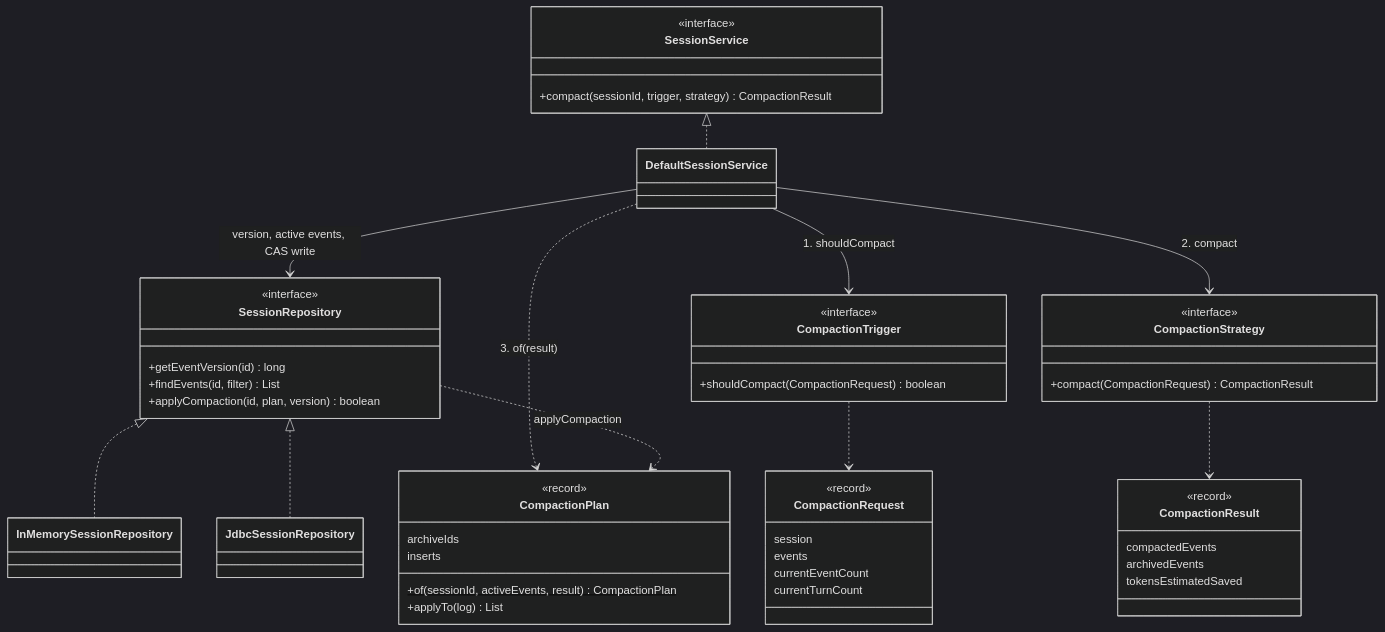
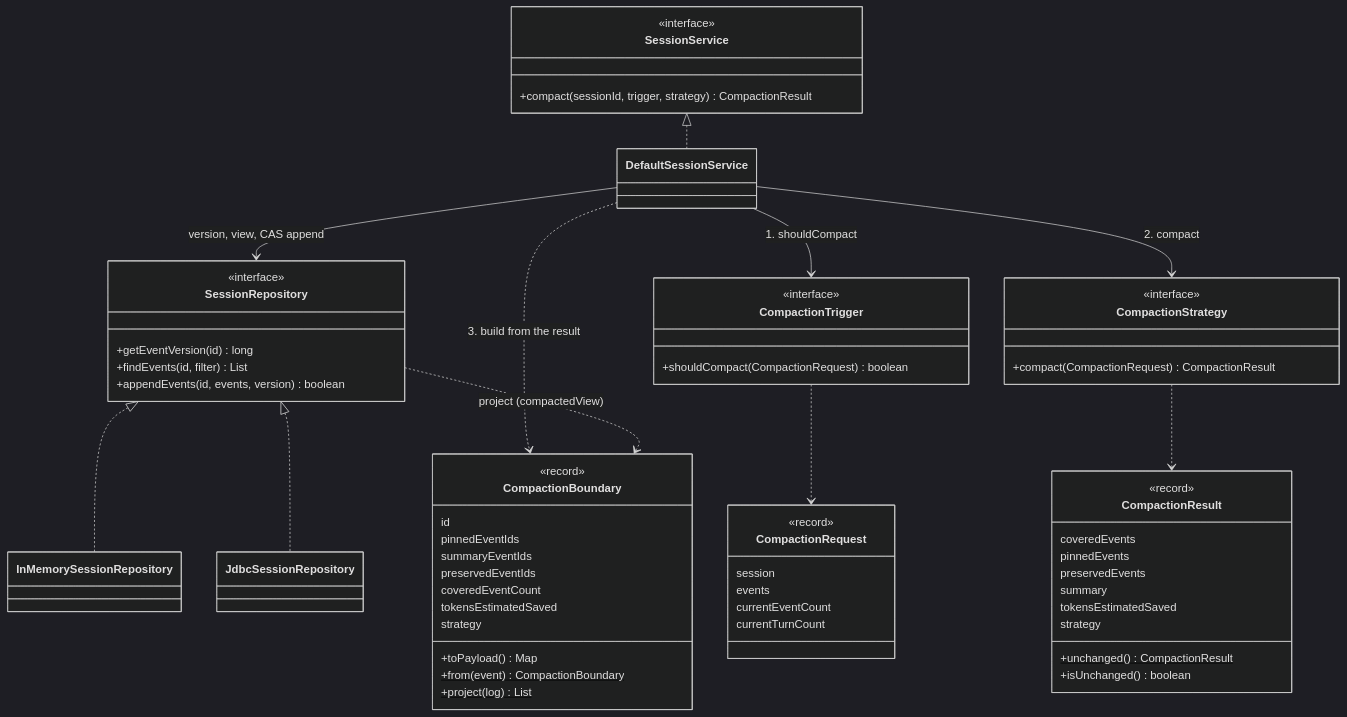
One commit to spring-ai-community/spring-ai-session changed the first of 9 diagrams in docs/session-management/compaction-internals.md. Above: the diagram before and after it, drawn with Mermaid (dark theme). The commit also changed other lines of this file and 53 other files, not shown here.

First line of the commit message:
Record compaction as an appended boundary and project the active view

````diff
--- a/docs/session-management/compaction-internals.md
+++ b/docs/session-management/compaction-internals.md
@@ -39,58 +41,69 @@
 ```mermaid
 classDiagram
     direction TB
 
     class SessionService {
         <<interface>>
         +compact(sessionId, trigger, strategy) CompactionResult
     }
     class DefaultSessionService
     class SessionRepository {
         <<interface>>
         +getEventVersion(id) long
         +findEvents(id, filter) List
-        +applyCompaction(id, plan, version) boolean
+        +appendEvents(id, events, version) boolean
     }
     class InMemorySessionRepository
     class JdbcSessionRepository
 
     class CompactionTrigger {
         <<interface>>
         +shouldCompact(CompactionRequest) boolean
     }
     class CompactionStrategy {
         <<interface>>
         +compact(CompactionRequest) CompactionResult
     }
     class CompactionRequest {
         <<record>>
         session
         events
         currentEventCount
         currentTurnCount
     }
     class CompactionResult {
         <<record>>
-        compactedEvents
-        archivedEvents
+        coveredEvents
+        pinnedEvents
+        preservedEvents
+        summary
         tokensEstimatedSaved
+        strategy
+        +unchanged()$ CompactionResult
+        +isUnchanged() boolean
     }
-    class CompactionPlan {
+    class CompactionBoundary {
         <<record>>
-        archiveIds
-        inserts
-        +of(sessionId, activeEvents, result)$ CompactionPlan
-        +applyTo(log) List
+        id
+        pinnedEventIds
+        summaryEventIds
+        preservedEventIds
+        coveredEventCount
+        tokensEstimatedSaved
+        strategy
+        +toPayload() Map
+        +from(event)$ CompactionBoundary
+        +project(log)$ List
     }
 
     SessionService <|.. DefaultSessionService
-    DefaultSessionService --> SessionRepository : version, active events, CAS write
+    DefaultSessionService --> SessionRepository : version, view, CAS append
     SessionRepository <|.. InMemorySessionRepository
     SessionRepository <|.. JdbcSessionRepository
     DefaultSessionService --> CompactionTrigger : 1. shouldCompact
     DefaultSessionService --> CompactionStrategy : 2. compact
-    DefaultSessionService ..> CompactionPlan : 3. of(result)
+    DefaultSessionService ..> CompactionBoundary : 3. build from the result
     CompactionTrigger ..> CompactionRequest
     CompactionStrategy ..> CompactionResult
-    SessionRepository ..> CompactionPlan : applyCompaction
+    SessionRepository ..> CompactionBoundary : project (compactedView)
 ```
````
